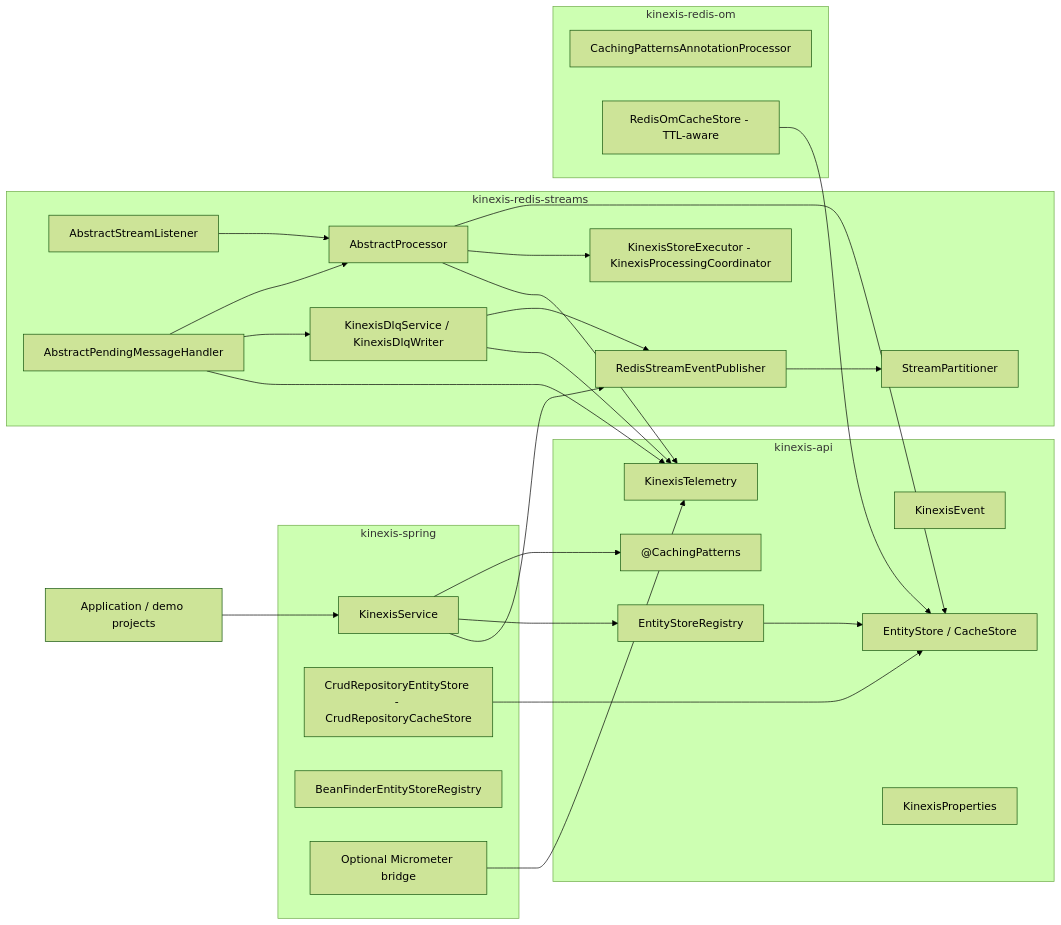
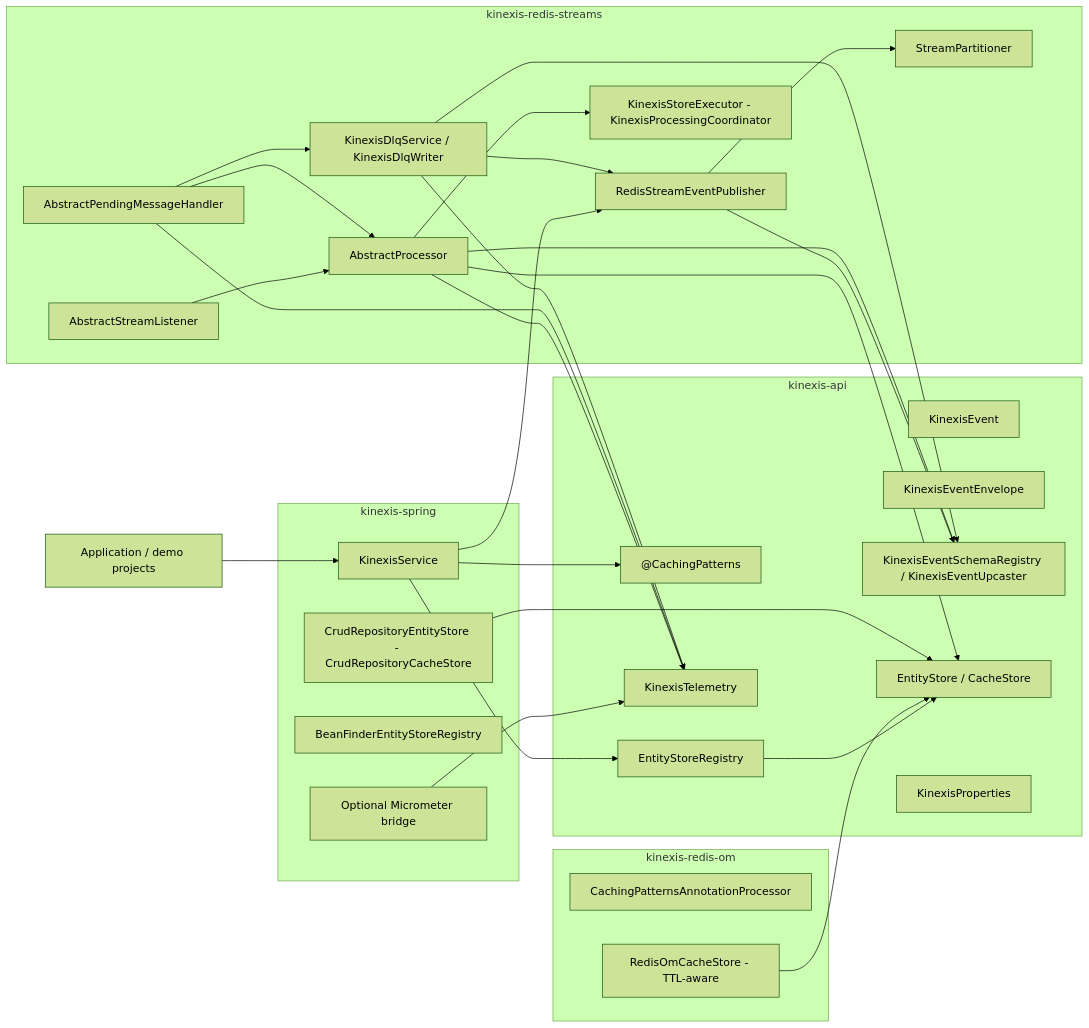
Before and after one commit to foogaro/kinexis: the sixth of 8 diagrams in WORKFLOWS.md, drawn with Mermaid (forest theme). The commit also changed other lines of this file and 27 other files, not shown here.

````diff
--- a/WORKFLOWS.md
+++ b/WORKFLOWS.md
@@ -222,54 +229,59 @@
 ```mermaid
 graph LR
     subgraph API["kinexis-api"]
         Ann["@CachingPatterns"]
         Event["KinexisEvent"]
+        Envelope["KinexisEventEnvelope"]
+        Schema["KinexisEventSchemaRegistry / KinexisEventUpcaster"]
         Stores["EntityStore / CacheStore"]
         Registry["EntityStoreRegistry"]
         Telemetry["KinexisTelemetry"]
         Props["KinexisProperties"]
     end
 
     subgraph Spring["kinexis-spring"]
         Service["KinexisService"]
         StoreAdapters["CrudRepositoryEntityStore - CrudRepositoryCacheStore"]
         SpringRegistry["BeanFinderEntityStoreRegistry"]
         Micrometer["Optional Micrometer bridge"]
     end
 
     subgraph RedisStreams["kinexis-redis-streams"]
         Publisher["RedisStreamEventPublisher"]
         Listener["AbstractStreamListener"]
         Processor["AbstractProcessor"]
         Pending["AbstractPendingMessageHandler"]
         DLQ["KinexisDlqService / KinexisDlqWriter"]
         Backpressure["KinexisStoreExecutor - KinexisProcessingCoordinator"]
         Partitioner["StreamPartitioner"]
     end
 
     subgraph RedisOM["kinexis-redis-om"]
         AnnotationProcessor["CachingPatternsAnnotationProcessor"]
         RedisOmStore["RedisOmCacheStore - TTL-aware"]
     end
 
     App["Application / demo projects"] --> Service
     Service --> Ann
     Service --> Registry
     Service --> Publisher
     Registry --> Stores
 
+    Publisher --> Schema
     Publisher --> Partitioner
     Listener --> Processor
+    Processor --> Schema
     Processor --> Stores
     Processor --> Backpressure
     Pending --> Processor
     Pending --> DLQ
+    DLQ --> Schema
     DLQ --> Publisher
 
     RedisOmStore --> Stores
     StoreAdapters --> Stores
     Micrometer --> Telemetry
     Processor --> Telemetry
     Pending --> Telemetry
     DLQ --> Telemetry
 ```
````
